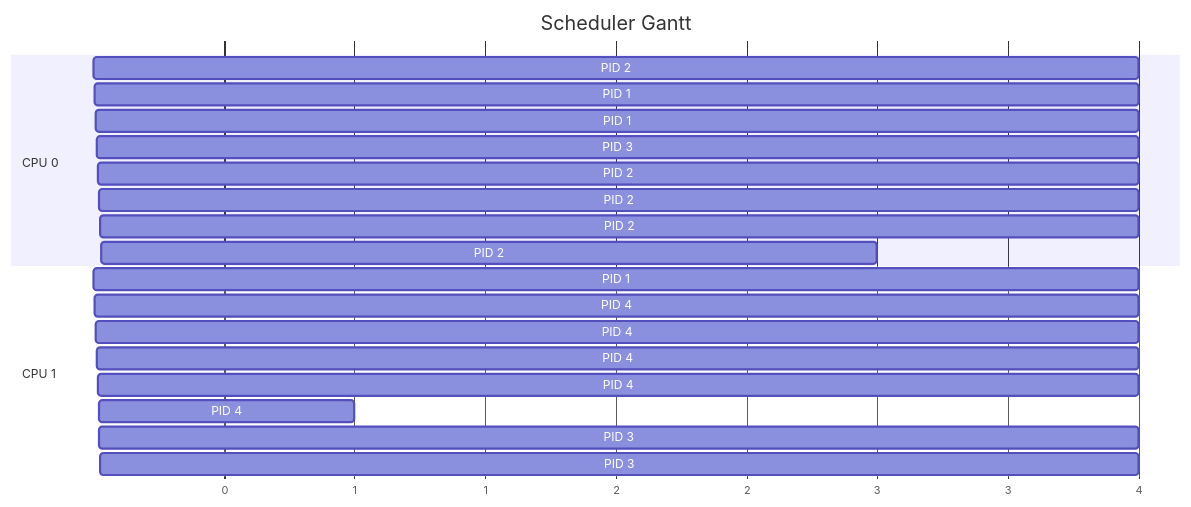
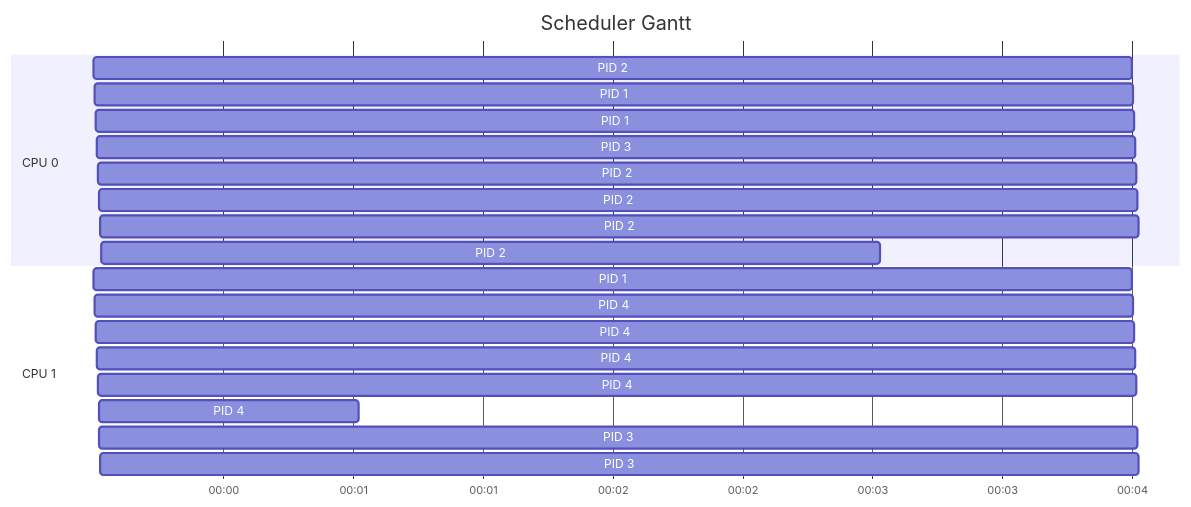
One commit to quangnguyencomeng/CO2018-261-CC-2453052 changed the first of 4 diagrams in docs/member1-gantt.md. Above: the diagram before and after it, drawn with Mermaid. The commit also changed other lines of this file and 2 other files, not shown here.

Commit message:
feat: Fix Gantt docs member 1

````diff
--- a/docs/member1-gantt.md
+++ b/docs/member1-gantt.md
@@ -7,24 +7,24 @@
 ```mermaid
 gantt
   title Scheduler Gantt
   dateFormat X
-  axisFormat %s
+  axisFormat %M:%S
   section CPU 0
-  PID 2 :2,4
-  PID 1 :6,4
-  PID 1 :10,4
-  PID 3 :14,4
-  PID 2 :18,4
-  PID 2 :22,4
-  PID 2 :26,4
-  PID 2 :30,3
+  PID 2 :2,4s
+  PID 1 :6,4s
+  PID 1 :10,4s
+  PID 3 :14,4s
+  PID 2 :18,4s
+  PID 2 :22,4s
+  PID 2 :26,4s
+  PID 2 :30,3s
   section CPU 1
-  PID 1 :1,4
-  PID 4 :5,4
-  PID 4 :9,4
-  PID 4 :13,4
-  PID 4 :17,4
-  PID 4 :21,1
-  PID 3 :22,4
-  PID 3 :26,4
+  PID 1 :1,4s
+  PID 4 :5,4s
+  PID 4 :9,4s
+  PID 4 :13,4s
+  PID 4 :17,4s
+  PID 4 :21,1s
+  PID 3 :22,4s
+  PID 3 :26,4s
 ```
````
